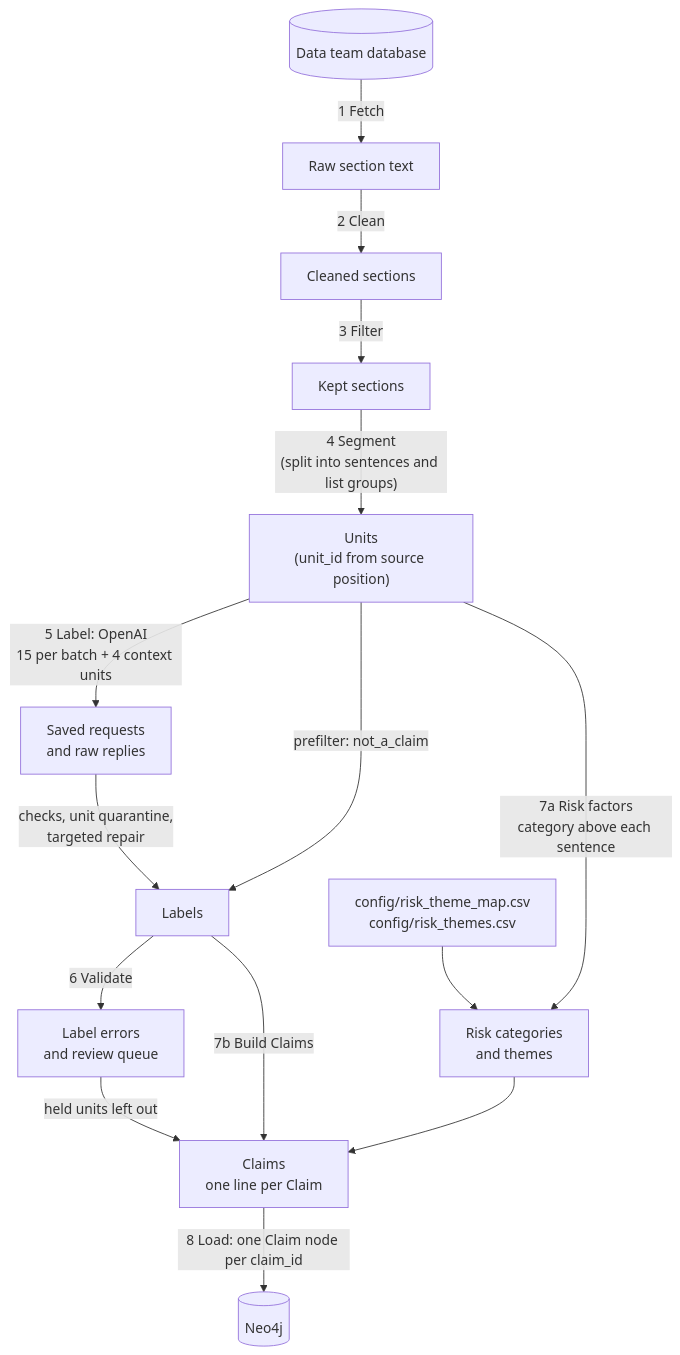
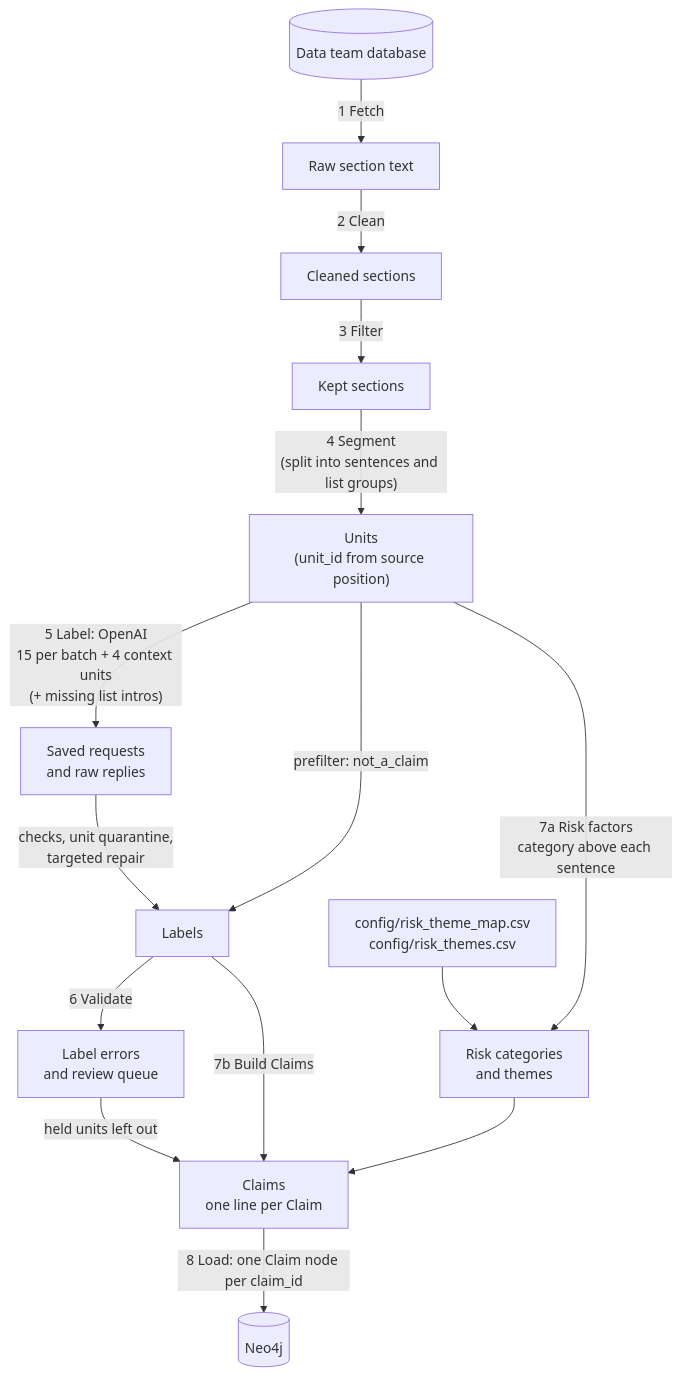
Before and after one commit to ZiyiClaudiaWang/KPMG-GraphRAG: the first of 4 diagrams in extraction_pipeline/README.md, drawn with Mermaid. The commit also changed other lines of this file and 2 other files, not shown here.

First line of the commit message:
Step 5: number units within each request; add missing list intros to the context (README 2.3)

````diff
--- a/extraction_pipeline/README.md
+++ b/extraction_pipeline/README.md
@@ -82,17 +82,17 @@
 ```mermaid
 flowchart TD
     DB[("Data team database")] -->|"1 Fetch"| SEC["Raw section text"]
     SEC -->|"2 Clean"| CLN["Cleaned sections"]
     CLN -->|"3 Filter"| MAN["Kept sections"]
     MAN -->|"4 Segment<br/>(split into sentences and list groups)"| UNITS["Units<br/>(unit_id from source position)"]
-    UNITS -->|"5 Label: OpenAI<br/>15 per batch + 4 context units"| CACHE["Saved requests<br/>and raw replies"]
+    UNITS -->|"5 Label: OpenAI<br/>15 per batch + 4 context units<br/>(+ missing list intros)"| CACHE["Saved requests<br/>and raw replies"]
     CACHE -->|"checks, unit quarantine,<br/>targeted repair"| LAB["Labels"]
     UNITS -->|"prefilter: not_a_claim"| LAB
     LAB -->|"6 Validate"| REV["Label errors<br/>and review queue"]
     UNITS -->|"7a Risk factors<br/>category above each sentence"| RF["Risk categories<br/>and themes"]
     MAP["config/risk_theme_map.csv<br/>config/risk_themes.csv"] --> RF
     LAB -->|"7b Build Claims"| CLM["Claims<br/>one line per Claim"]
     RF --> CLM
     REV -->|"held units left out"| CLM
     CLM -->|"8 Load: one Claim node per claim_id"| NEO[("Neo4j")]
 ```
````
